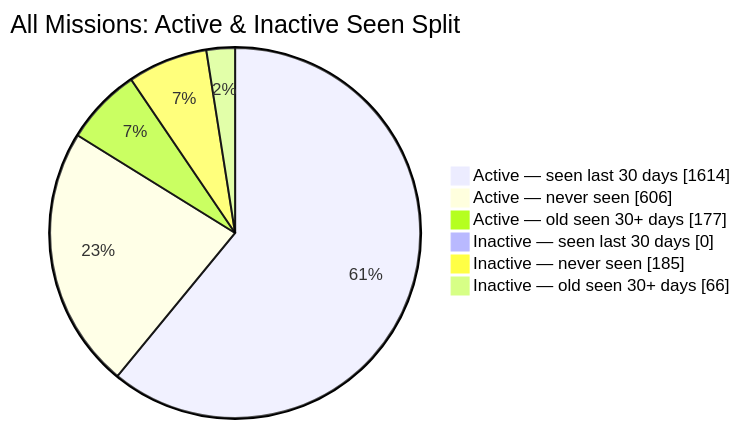
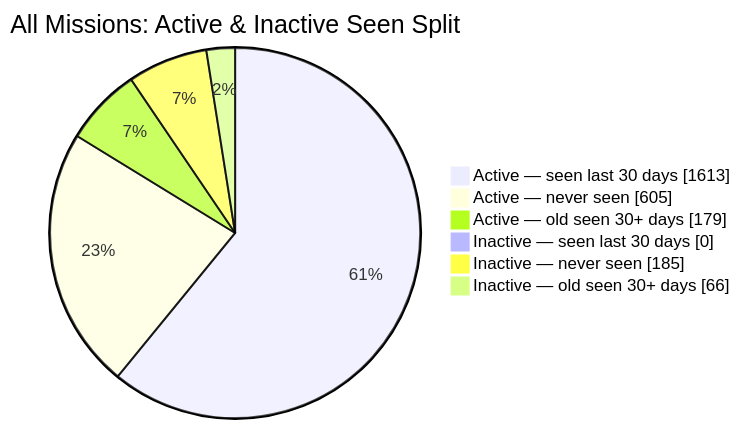
Before and after one commit to MeldkamerspelGameTeam/active-missions: the second of 2 diagrams in README.md, drawn with Mermaid. The commit also changed other lines of this file and 4 other files, not shown here.

````diff
--- a/README.md
+++ b/README.md
@@ -44,10 +44,10 @@
 ```mermaid
 pie showData
     title All Missions: Active & Inactive Seen Split
-    "Active — seen last 30 days" : 1614
-    "Active — never seen" : 606
-    "Active — old seen 30+ days" : 177
+    "Active — seen last 30 days" : 1613
+    "Active — never seen" : 605
+    "Active — old seen 30+ days" : 179
     "Inactive — seen last 30 days" : 0
     "Inactive — never seen" : 185
     "Inactive — old seen 30+ days" : 66
 ```
````
